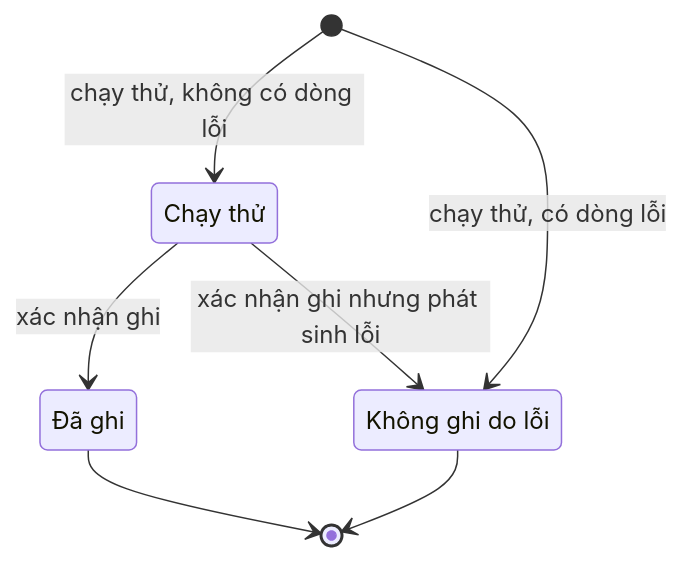
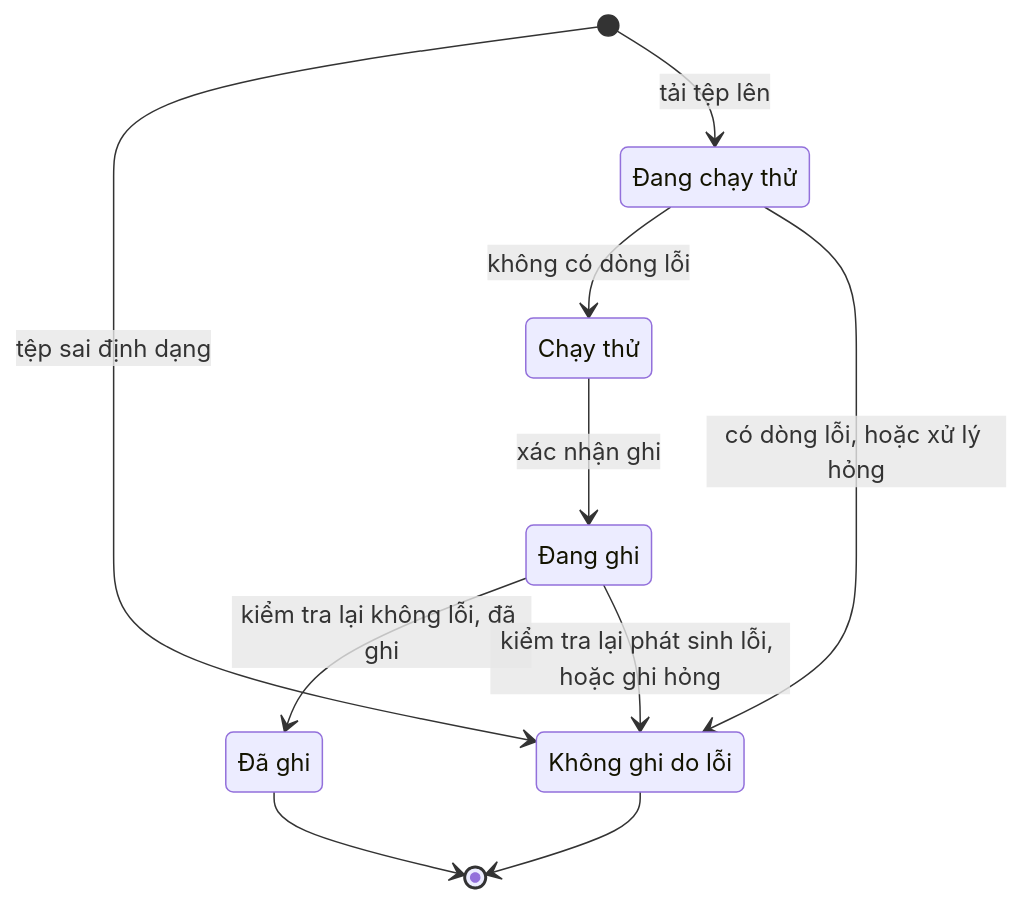
Before and after one commit to 4UT15T1Ck/curriculum-management: the seventh of 11 diagrams in docs/design/state-diagrams.md, drawn with Mermaid. The commit also changed other lines of this file and 298 other files, not shown here.

````diff
--- a/docs/design/state-diagrams.md
+++ b/docs/design/state-diagrams.md
@@ -277,13 +277,18 @@
 ```mermaid
 stateDiagram-v2
+    state "Đang chạy thử" as VALIDATING
     state "Chạy thử" as DRY_RUN
+    state "Đang ghi" as COMMITTING
     state "Đã ghi" as COMMITTED
     state "Không ghi do lỗi" as ABORTED
 
-    [*] --> DRY_RUN : chạy thử, không có dòng lỗi
-    [*] --> ABORTED : chạy thử, có dòng lỗi
-    DRY_RUN --> COMMITTED : xác nhận ghi
-    DRY_RUN --> ABORTED : xác nhận ghi nhưng phát sinh lỗi
+    [*] --> ABORTED : tệp sai định dạng
+    [*] --> VALIDATING : tải tệp lên
+    VALIDATING --> DRY_RUN : không có dòng lỗi
+    VALIDATING --> ABORTED : có dòng lỗi, hoặc xử lý hỏng
+    DRY_RUN --> COMMITTING : xác nhận ghi
+    COMMITTING --> COMMITTED : kiểm tra lại không lỗi, đã ghi
+    COMMITTING --> ABORTED : kiểm tra lại phát sinh lỗi, hoặc ghi hỏng
     COMMITTED --> [*]
     ABORTED --> [*]
 ```
````
